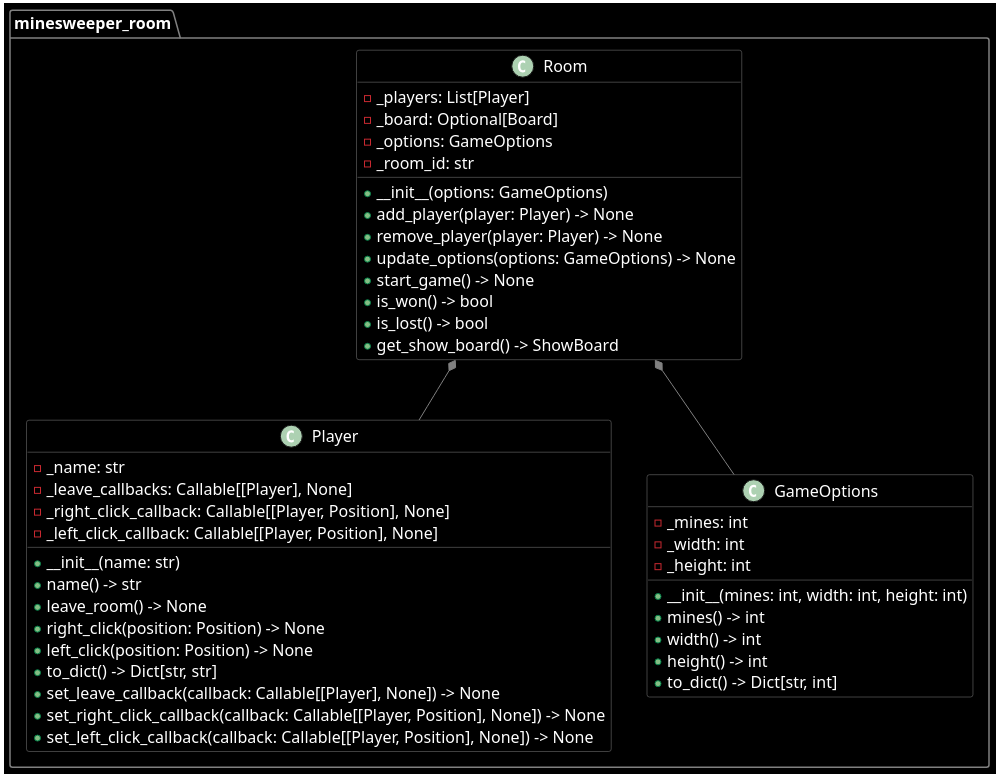
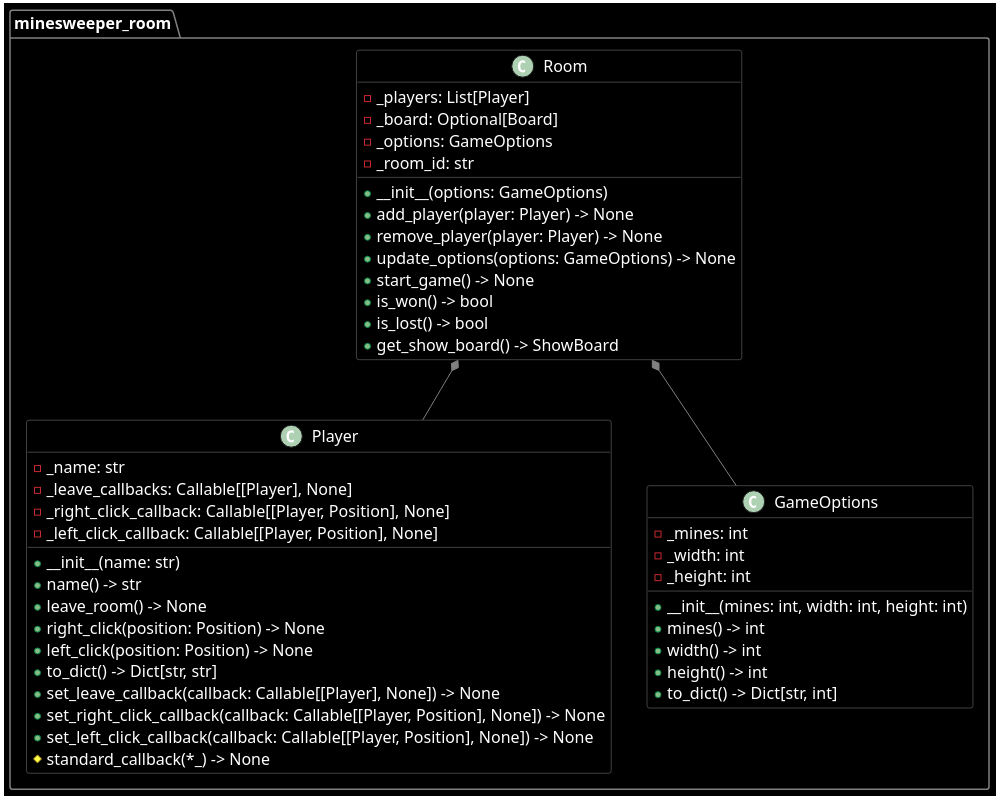
The diagram in doc/minesweeper_room-diagram.puml (HampusSiik/minesweeper-with-friends), drawn with PlantUML before and after one commit.

Commit message:
Add standard_callback method to minesweeper room diagram

```diff
--- a/doc/minesweeper_room-diagram.puml
+++ b/doc/minesweeper_room-diagram.puml
@@ -1,85 +1,86 @@
 @startuml minesweeper_room
 
 skinparam {
 
     DefaultFontColor White
     DefaultFontName Monospace
     DefaultFontSize 16
     DefaultBorderColor White
     ArrowColor Gray
 
     BackgroundColor Black
     BorderColor Gray
     FontColor White
 
     class {
         BackgroundColor Black
         BorderColor Gray
     }
 
     package {
         BackgroundColor Black
         BorderColor Gray
     }
 
 }
 
 package minesweeper_room {
 
     class Player {
 
         - _name: str
         - _leave_callbacks: Callable[[Player], None]
         - _right_click_callback: Callable[[Player, Position], None]
         - _left_click_callback: Callable[[Player, Position], None]
 
         + __init__(name: str)
         + name() -> str
         + leave_room() -> None
         + right_click(position: Position) -> None
         + left_click(position: Position) -> None
         + to_dict() -> Dict[str, str]
         + set_leave_callback(callback: Callable[[Player], None]) -> None
         + set_right_click_callback(callback: Callable[[Player, Position], None]) -> None
         + set_left_click_callback(callback: Callable[[Player, Position], None]) -> None
+        # standard_callback(*_) -> None
 
     }
 
     class GameOptions {
 
         - _mines: int
         - _width: int
         - _height: int
 
         + __init__(mines: int, width: int, height: int)
         + mines() -> int
         + width() -> int
         + height() -> int
         + to_dict() -> Dict[str, int]
 
     }
 
     class Room {
 
         - _players: List[Player]
         - _board: Optional[Board]
         - _options: GameOptions
         - _room_id: str
 
         + __init__(options: GameOptions)
         + add_player(player: Player) -> None
         + remove_player(player: Player) -> None
         + update_options(options: GameOptions) -> None
         + start_game() -> None
         + is_won() -> bool
         + is_lost() -> bool
         + get_show_board() -> ShowBoard
 
     }
 
     Room *-- Player
     Room *-- GameOptions
 
 }
 
 @enduml
```
